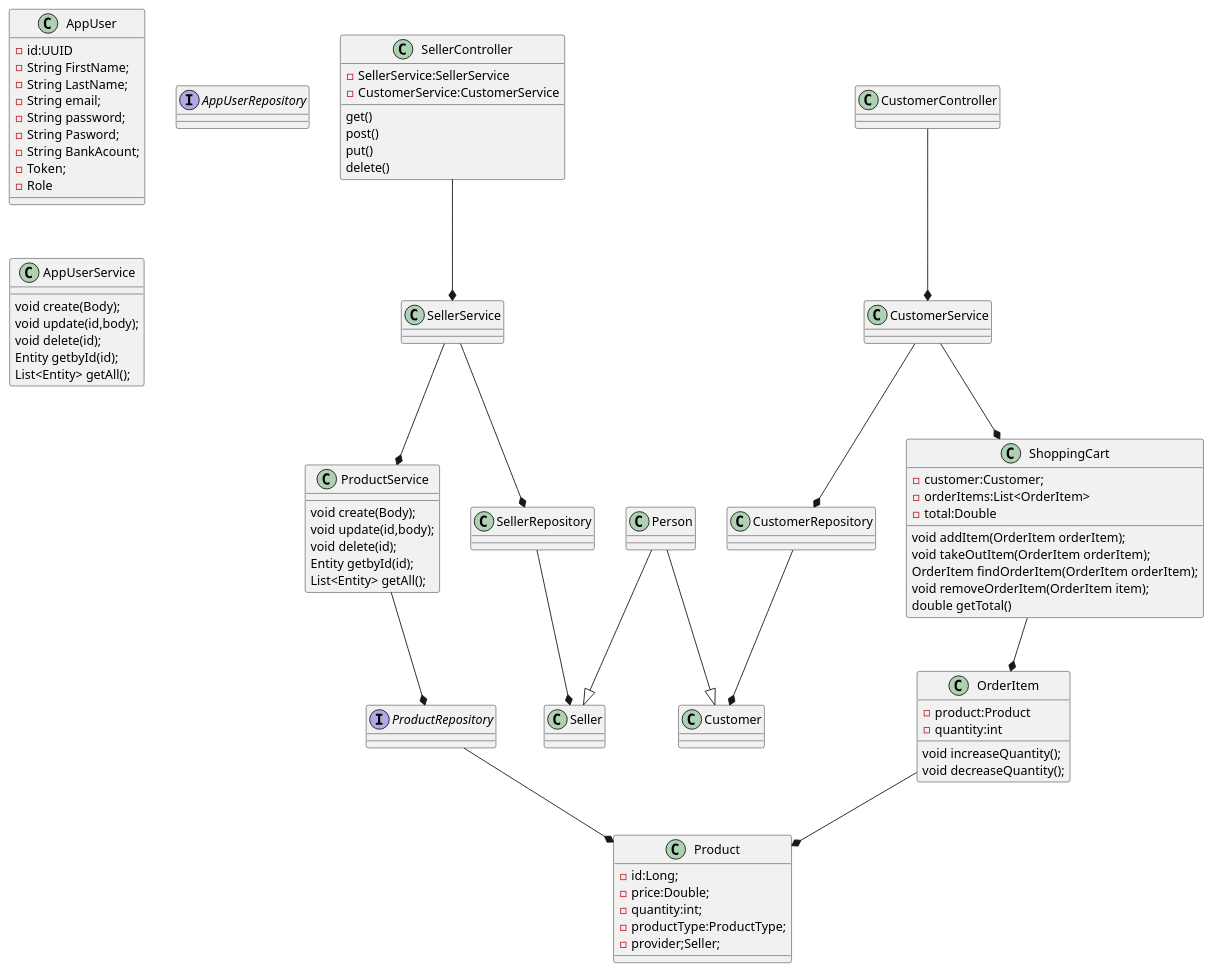
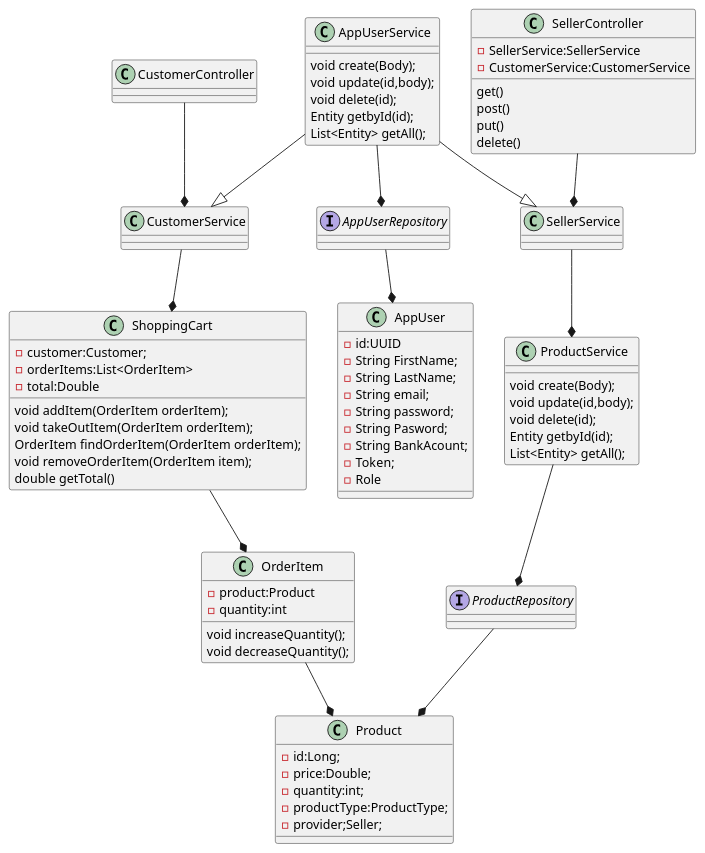
Before and after one commit to Takerazvan/AprozarOnline: the diagram in backend/src/main/java/aprozarUML.puml, drawn with PlantUML. The commit also changed 28 other files, not shown here.

```diff
--- a/backend/src/main/java/aprozarUML.puml
+++ b/backend/src/main/java/aprozarUML.puml
@@ -1,86 +1,87 @@
 @startuml
  class AppUser{
 -id:UUID
 -String FirstName;
 -String LastName;
 -String email;
 -String password;
 -String Pasword;
 -String BankAcount;
 -Token;
 -Role
 }
 
 class Product{
 -id:Long;
 -price:Double;
 -quantity:int;
 -productType:ProductType;
 -provider;Seller;
 }
 
 
 class OrderItem{
 -product:Product
 -quantity:int
 
 void increaseQuantity();
 void decreaseQuantity();
 }
 
 class ShoppingCart{
 -customer:Customer;
 -orderItems:List<OrderItem>
 -total:Double
 
 void addItem(OrderItem orderItem);
 void takeOutItem(OrderItem orderItem);
 OrderItem findOrderItem(OrderItem orderItem);
 void removeOrderItem(OrderItem item);
 double getTotal()
 }
 interface AppUserRepository{}
 interface ProductRepository{}
 
 class AppUserService{
 void create(Body);
 void update(id,body);
 void delete(id);
 Entity getbyId(id);
 List<Entity> getAll();
 }
 
 class ProductService{
 void create(Body);
 void update(id,body);
 void delete(id);
 Entity getbyId(id);
 List<Entity> getAll();
 }
 
 
 class SellerController{
 -SellerService:SellerService
 -CustomerService:CustomerService
 
 get()
 post()
 put()
 delete()
 }
 
-Person--|>Customer
-Person--|>Seller
-SellerService--*SellerRepository
-SellerRepository--*Seller
-CustomerService--*CustomerRepository
-CustomerRepository--*Customer
+
+
+
 ProductService--*ProductRepository
 ProductRepository--*Product
 OrderItem--*Product
 ShoppingCart--*OrderItem
+AppUserService--*AppUserRepository
+AppUserRepository--*AppUser
+AppUserService--|>CustomerService
+AppUserService--|>SellerService
 CustomerService--*ShoppingCart
 SellerService--*ProductService
 SellerController--*SellerService
 CustomerController--*CustomerService
 @enduml
```
